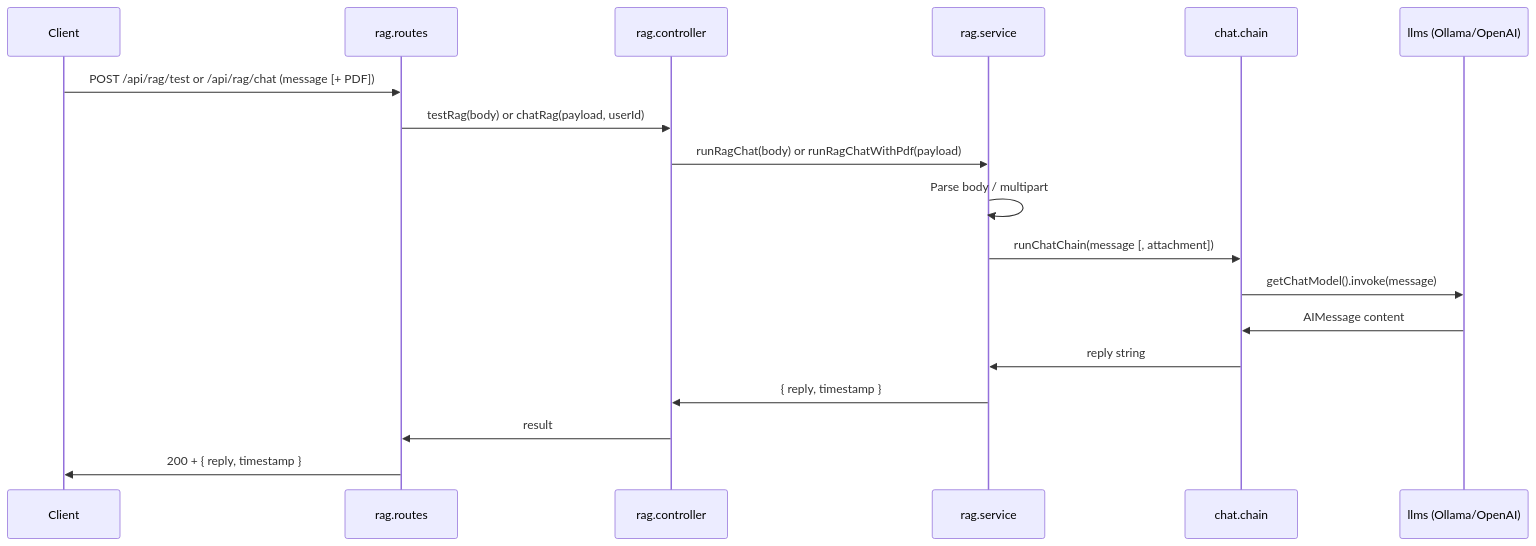
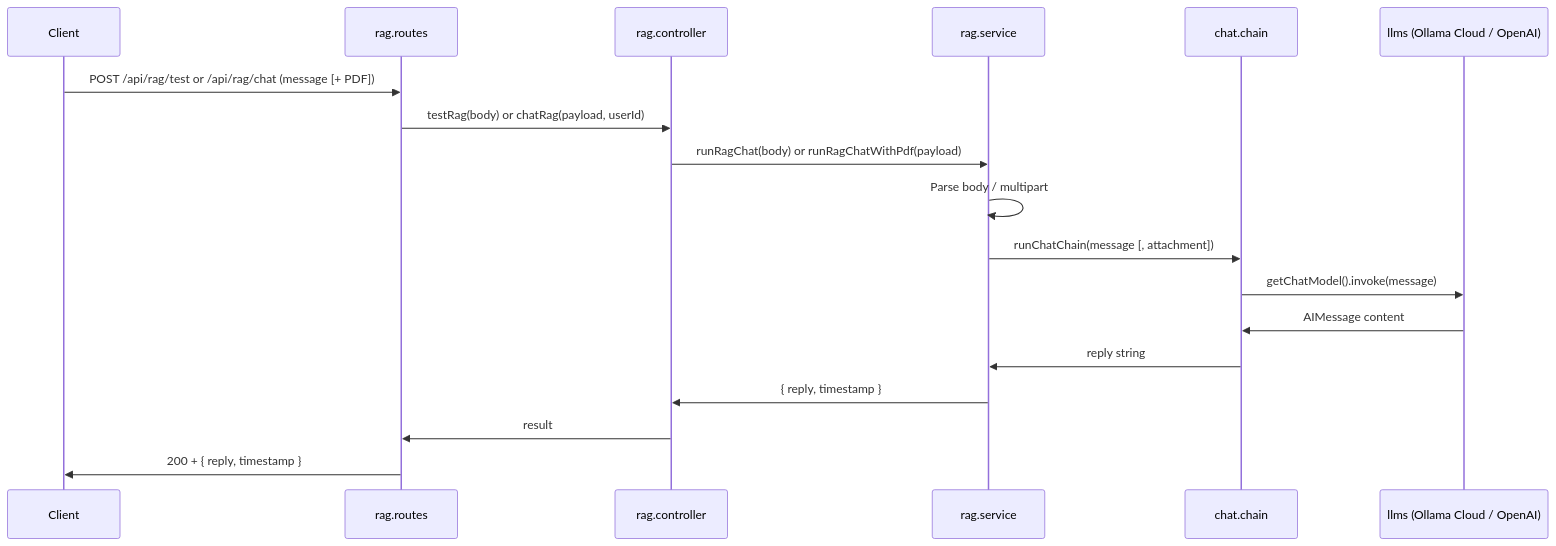
Before and after one commit to sorocode-comunidade/swanytello: the fourth of 6 diagrams in docs/project_structure/project-structure.md, drawn with Mermaid. The commit also changed other lines of this file and 27 other files, not shown here.

````diff
--- a/docs/project_structure/project-structure.md
+++ b/docs/project_structure/project-structure.md
@@ -200,21 +199,21 @@
 ```mermaid
 sequenceDiagram
   participant Client
   participant Route as rag.routes
   participant Controller as rag.controller
   participant Service as rag.service
   participant Chain as chat.chain
-  participant LLM as llms (Ollama/OpenAI)
+  participant LLM as llms (Ollama Cloud / OpenAI)
 
   Client->>Route: POST /api/rag/test or /api/rag/chat (message [+ PDF])
   Route->>Controller: testRag(body) or chatRag(payload, userId)
   Controller->>Service: runRagChat(body) or runRagChatWithPdf(payload)
   Service->>Service: Parse body / multipart
   Service->>Chain: runChatChain(message [, attachment])
   Chain->>LLM: getChatModel().invoke(message)
   LLM->>Chain: AIMessage content
   Chain->>Service: reply string
   Service->>Controller: { reply, timestamp }
   Controller->>Route: result
   Route->>Client: 200 + { reply, timestamp }
 ```
````
